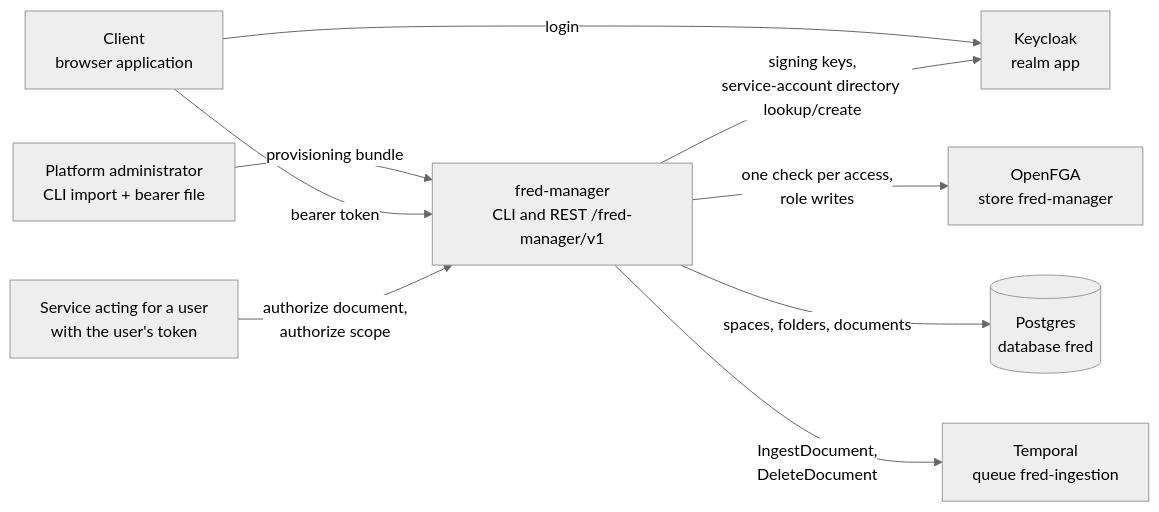
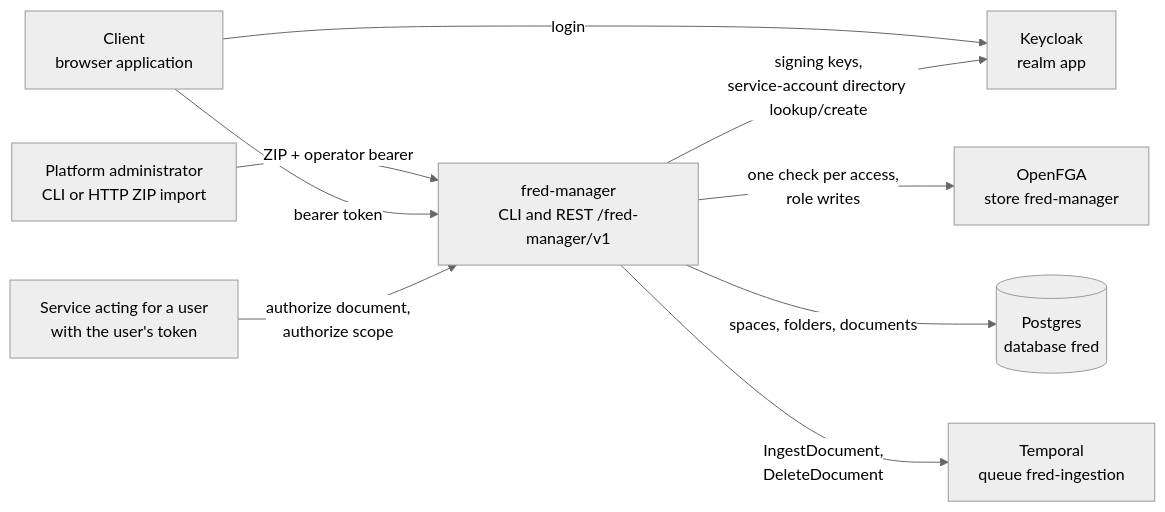
One commit to ThalesGroup/fred changed the diagram in docs/architecture/02-context.md. Above: the diagram before and after it, drawn with Mermaid (neutral theme). The commit also changed 30 other files, not shown here.

Commit message:
feat(#3092): import hierarchical provisioning ZIPs over HTTP and CLI

````diff
--- a/docs/architecture/02-context.md
+++ b/docs/architecture/02-context.md
@@ -3,20 +3,20 @@
 ```mermaid
 flowchart LR
     client["Client<br/>browser application"]
-    operator["Platform administrator<br/>CLI import + bearer file"]
+    operator["Platform administrator<br/>CLI or HTTP ZIP import"]
     caller["Service acting for a user<br/>with the user's token"]
     manager["fred-manager<br/>CLI and REST /fred-manager/v1"]
     keycloak["Keycloak<br/>realm app"]
     openfga["OpenFGA<br/>store fred-manager"]
     postgres[("Postgres<br/>database fred")]
     temporal["Temporal<br/>queue fred-ingestion"]
 
-    operator -- "provisioning bundle" --> manager
+    operator -- "ZIP + operator bearer" --> manager
     client -- "bearer token" --> manager
     caller -- "authorize document,<br/>authorize scope" --> manager
     client -- "login" --> keycloak
     manager -- "signing keys,<br/>service-account directory lookup/create" --> keycloak
     manager -- "one check per access,<br/>role writes" --> openfga
     manager -- "spaces, folders, documents" --> postgres
     manager -- "IngestDocument,<br/>DeleteDocument" --> temporal
 ```
````
